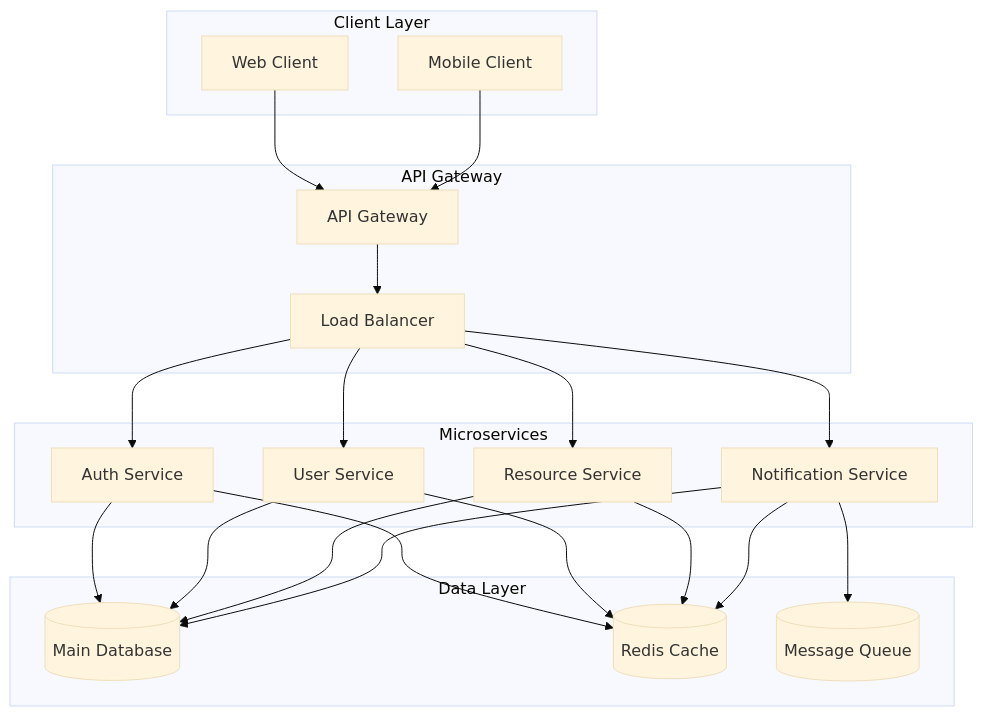
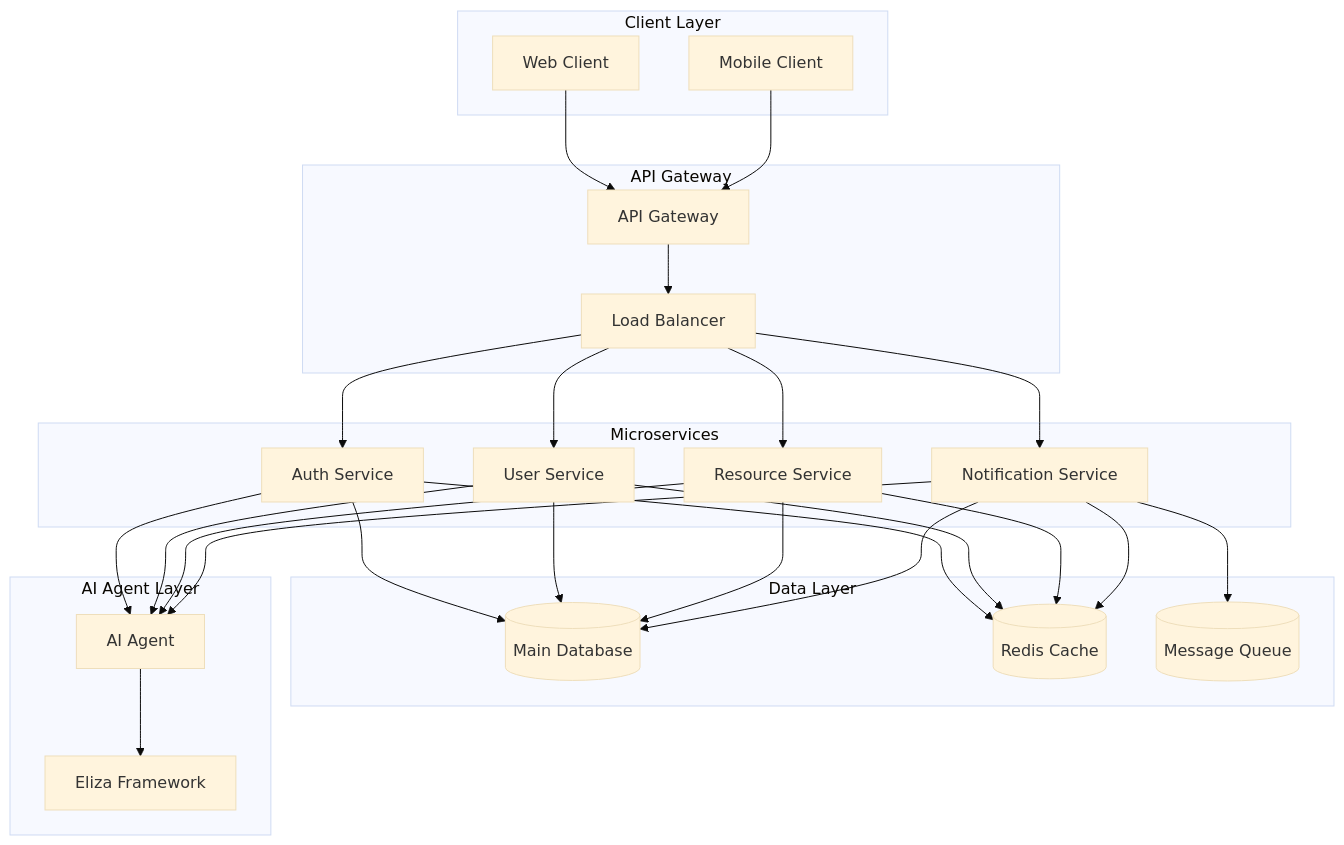
One commit to miquael/AAA-Library changed the first of 3 diagrams in DEVELOPMENT/Templates/_DOCS-TEMPLATES/ARCHITECTURE.md. Above: the diagram before and after it, drawn with Mermaid (base theme). The commit also changed other lines of this file and 3 other files, not shown here.

````diff
--- a/DEVELOPMENT/Templates/_DOCS-TEMPLATES/ARCHITECTURE.md
+++ b/DEVELOPMENT/Templates/_DOCS-TEMPLATES/ARCHITECTURE.md
@@ -6,31 +6,38 @@
 ```mermaid
 graph TB
     subgraph Client Layer
         Web[Web Client]
         Mobile[Mobile Client]
     end
 
     subgraph API Gateway
         GW[API Gateway]
         LB[Load Balancer]
     end
 
     subgraph Microservices
         Auth[Auth Service]
         User[User Service]
         Resource[Resource Service]
         Notification[Notification Service]
     end
 
     subgraph Data Layer
         DB[(Main Database)]
         Cache[(Redis Cache)]
         Queue[(Message Queue)]
     end
 
+    subgraph AI Agent Layer
+        AI[AI Agent]
+        Eliza[Eliza Framework]
+    end
+
     Web & Mobile --> GW
     GW --> LB
     LB --> Auth & User & Resource & Notification
     Auth & User & Resource & Notification --> DB & Cache
     Notification --> Queue
+    Auth & User & Resource & Notification --> AI
+    AI --> Eliza
 ```
````
